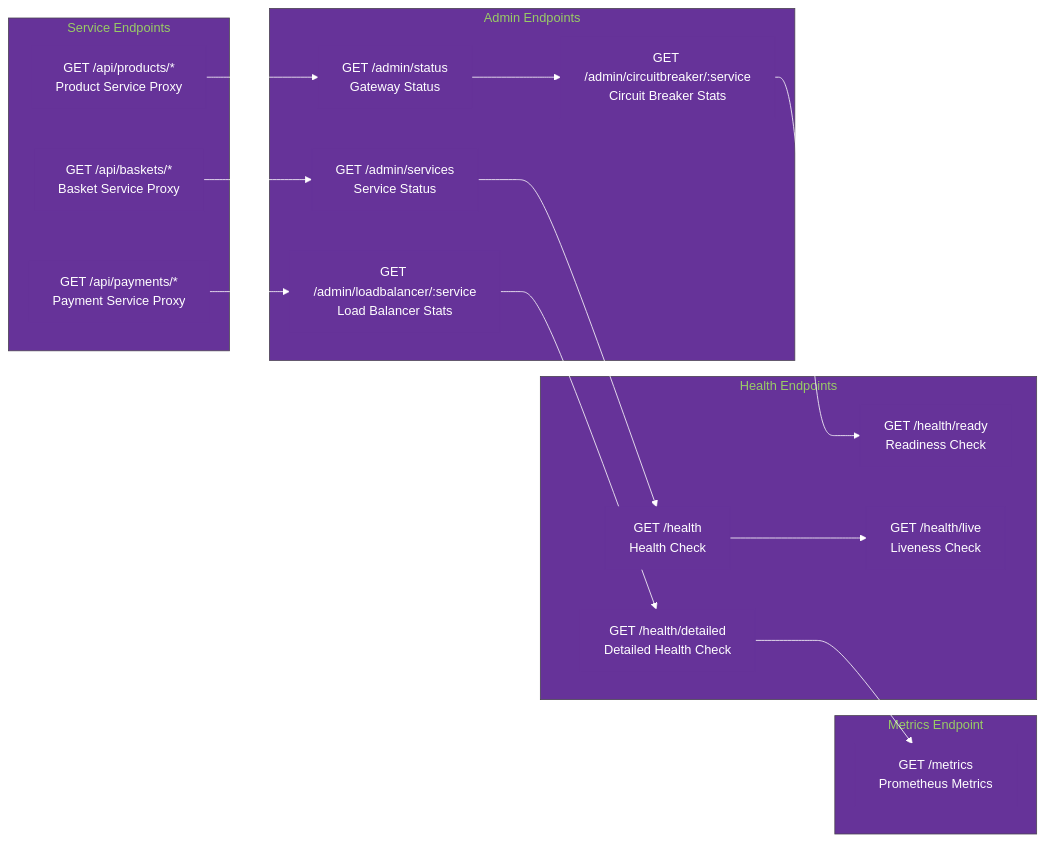
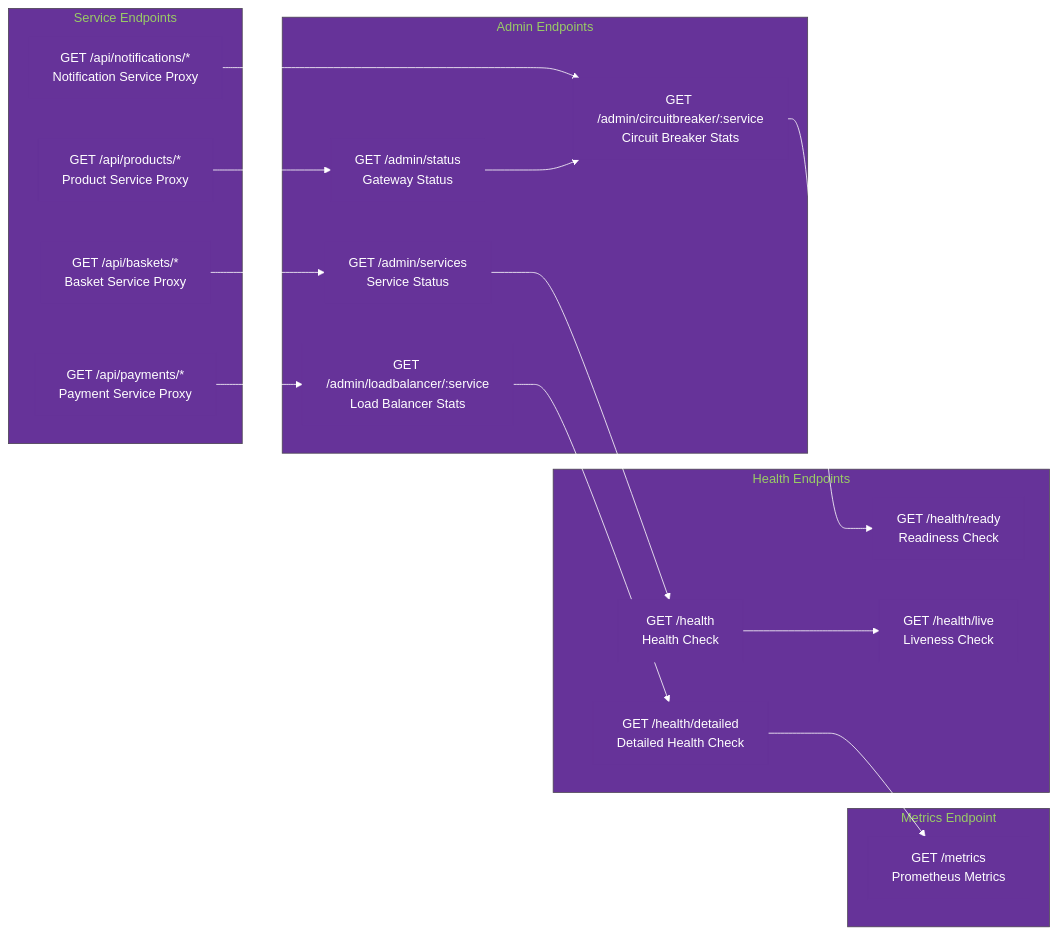
Before and after one commit to ozturkeniss/obs-tools-usage: the fourth of 41 diagrams in README.md, drawn with Mermaid. The commit also changed other lines of this file, not shown here.

First line of the commit message:
Add Notification Service documentation and architecture updates

````diff
--- a/README.md
+++ b/README.md
@@ -146,37 +150,39 @@
 ```mermaid
 %%{init: {'theme':'base', 'themeVariables': { 'primaryColor': '#663399', 'primaryTextColor': '#ffffff', 'primaryBorderColor': '#663399', 'lineColor': '#ffffff', 'secondaryColor': '#663399', 'tertiaryColor': '#663399'}}}%%
 graph LR
     subgraph "Service Endpoints"
         ProductAPI[GET /api/products/*<br/>Product Service Proxy]
         BasketAPI[GET /api/baskets/*<br/>Basket Service Proxy]
         PaymentAPI[GET /api/payments/*<br/>Payment Service Proxy]
+        NotificationAPI[GET /api/notifications/*<br/>Notification Service Proxy]
     end
     
     subgraph "Admin Endpoints"
         GatewayStatus[GET /admin/status<br/>Gateway Status]
         ServiceStatus[GET /admin/services<br/>Service Status]
         LoadBalancerStats[GET /admin/loadbalancer/:service<br/>Load Balancer Stats]
         CircuitBreakerStats[GET /admin/circuitbreaker/:service<br/>Circuit Breaker Stats]
     end
     
     subgraph "Health Endpoints"
         HealthCheck[GET /health<br/>Health Check]
         DetailedHealth[GET /health/detailed<br/>Detailed Health Check]
         ReadinessCheck[GET /health/ready<br/>Readiness Check]
         LivenessCheck[GET /health/live<br/>Liveness Check]
     end
     
     subgraph "Metrics Endpoint"
         Metrics[GET /metrics<br/>Prometheus Metrics]
     end
     
     ProductAPI --> GatewayStatus
     BasketAPI --> ServiceStatus
     PaymentAPI --> LoadBalancerStats
+    NotificationAPI --> CircuitBreakerStats
     GatewayStatus --> CircuitBreakerStats
     ServiceStatus --> HealthCheck
     LoadBalancerStats --> DetailedHealth
     CircuitBreakerStats --> ReadinessCheck
     HealthCheck --> LivenessCheck
     DetailedHealth --> Metrics
 ```
````
